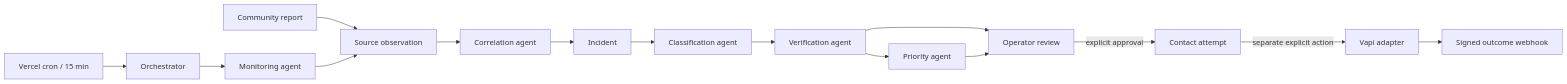
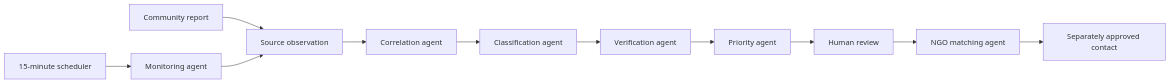
One commit to grace7755/rapid-humanitarian-response changed the diagram in docs/agent-platform.md. Above: the diagram before and after it, drawn with Mermaid. The commit also changed other lines of this file and 125 other files, not shown here.

````diff
--- a/docs/agent-platform.md
+++ b/docs/agent-platform.md
@@ -7,17 +7,13 @@
 ```mermaid
 flowchart LR
-  Cron[Vercel cron / 15 min] --> O[Orchestrator]
-  User[Community report] --> Obs[Source observation]
-  O --> M[Monitoring agent]
-  M --> Obs
-  Obs --> C[Correlation agent]
-  C --> I[Incident]
-  I --> X[Classification agent]
-  X --> V[Verification agent]
-  V --> P[Priority agent]
-  V --> Review[Operator review]
-  P --> Review
-  Review -->|explicit approval| Contact[Contact attempt]
-  Contact -->|separate explicit action| Voice[Vapi adapter]
-  Voice --> Outcome[Signed outcome webhook]
+  Report[Community report] --> Observation[Source observation]
+  Schedule[15-minute scheduler] --> Monitor[Monitoring agent]
+  Monitor --> Observation
+  Observation --> Correlate[Correlation agent]
+  Correlate --> Classify[Classification agent]
+  Classify --> Verify[Verification agent]
+  Verify --> Priority[Priority agent]
+  Priority --> Review[Human review]
+  Review --> Match[NGO matching agent]
+  Match --> Contact[Separately approved contact]
 ```
````
